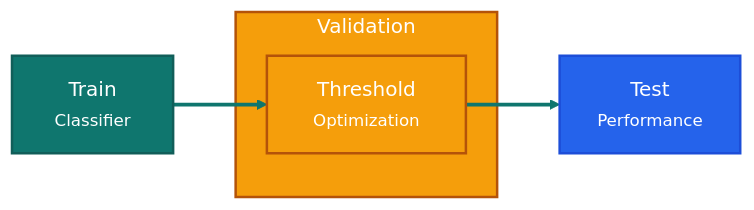
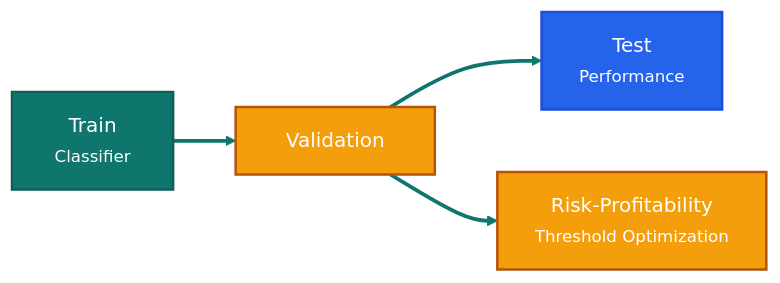
One commit to Pablo-Molla-Charlez/SecondaryModel changed the third of 3 diagrams in README.md. Above: the diagram before and after it, drawn with Mermaid.

````diff
--- a/README.md
+++ b/README.md
@@ -82,15 +82,13 @@
 ```mermaid
 %%{init: {'theme': 'base', 'themeVariables': { 'primaryColor': '#0f766e', 'primaryBorderColor': '#115e59', 'primaryTextColor': '#ffffff', 'secondaryColor': '#f59e0b', 'tertiaryColor': '#dbeafe', 'lineColor': '#0f172a', 'background': '#ffffff'}}}%%
 flowchart LR
-    subgraph Val ["Validation<br/><br/><br/><br/>"]
-        C["&nbsp;&nbsp;Threshold&nbsp;&nbsp;<br/><small>Optimization</small>"]:::val
-    end
-    style Val fill:#f59e0b,stroke:#b45309,stroke-width:2px,color:#ffffff
-    A["&nbsp;&nbsp;&nbsp;Train&nbsp;&nbsp;&nbsp;<br/><small>Classifier</small>"]:::train --> C
-    D["&nbsp;&nbsp;&nbsp;&nbsp;&nbsp;Test&nbsp;&nbsp;&nbsp;&nbsp;&nbsp;<br/><small>Performance</small>"]:::test
-    C --> D
+    A["&nbsp;&nbsp;&nbsp;Train&nbsp;&nbsp;&nbsp;<br/><small>Classifier</small>"]:::train --> V["&nbsp;&nbsp;Validation&nbsp;&nbsp;"]:::val
+    V --> D["&nbsp;&nbsp;&nbsp;&nbsp;&nbsp;Test&nbsp;&nbsp;&nbsp;&nbsp;&nbsp;<br/><small>Performance</small>"]:::test
+    
+    V --> Opt["&nbsp;&nbsp;Risk-Profitability&nbsp;&nbsp;<br/><small>Threshold Optimization</small>"]:::val
+    
     classDef train fill:#0f766e,stroke:#115e59,color:#ffffff,stroke-width:2px;
     classDef val   fill:#f59e0b,stroke:#b45309,color:#ffffff,stroke-width:2px;
     classDef test  fill:#2563eb,stroke:#1d4ed8,color:#ffffff,stroke-width:2px;
     linkStyle default stroke:#0f766e,stroke-width:3px;
 ```
````
